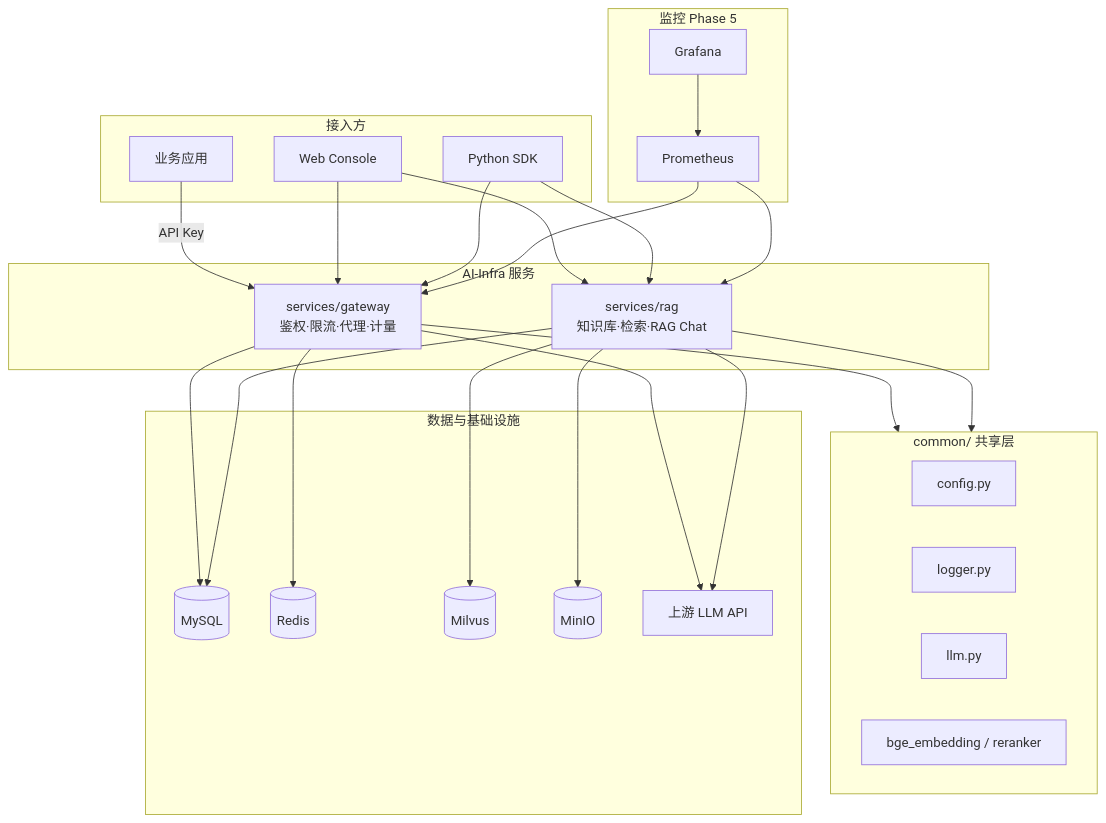
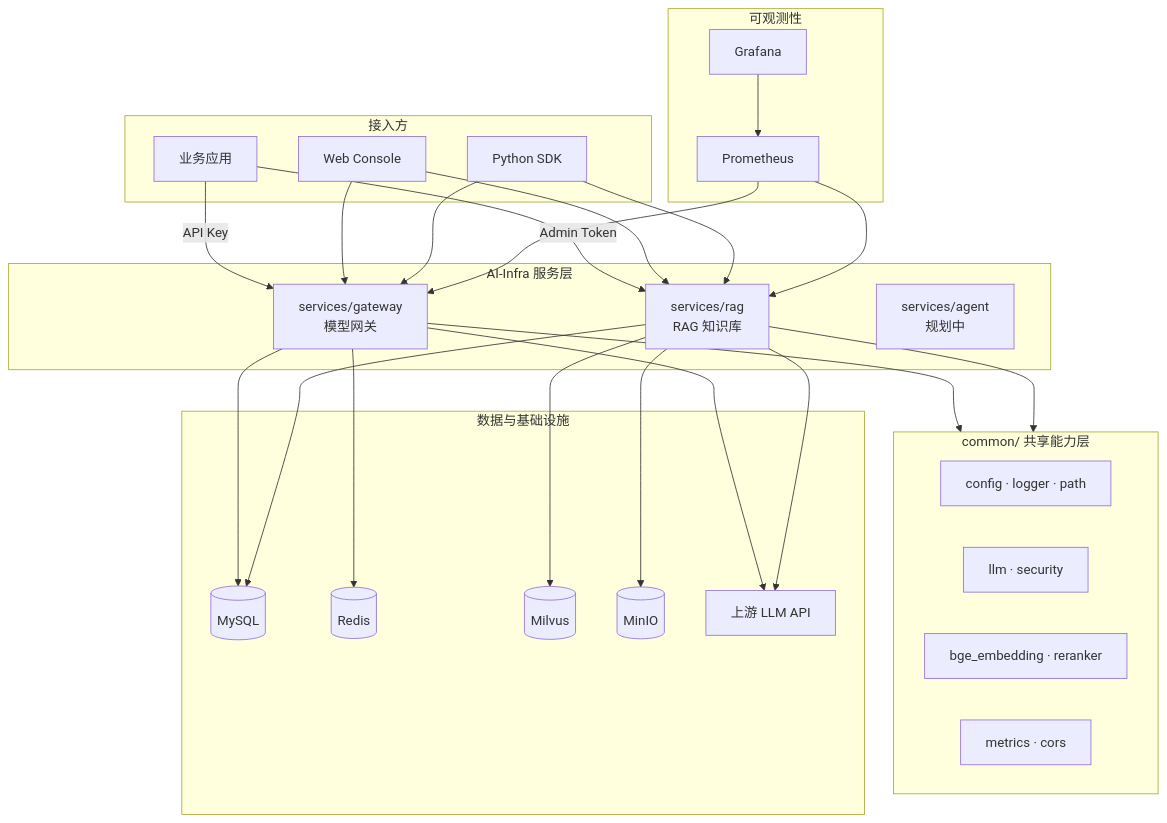
One commit to xzx-123-xzx/AI-Infra changed the diagram in README.md. Above: the diagram before and after it, drawn with Mermaid. The commit also changed other lines of this file, not shown here.

````diff
--- a/README.md
+++ b/README.md
@@ -34,53 +112,46 @@
 ```mermaid
 flowchart TB
     subgraph Client["接入方"]
         APP[业务应用]
         UI[Web Console]
         SDK[Python SDK]
     end
 
-    subgraph Services["AI-Infra 服务"]
-        GW[services/gateway<br/>鉴权·限流·代理·计量]
-        RAG[services/rag<br/>知识库·检索·RAG Chat]
+    subgraph Services["AI-Infra 服务层"]
+        GW[services/gateway<br/>模型网关]
+        RAG[services/rag<br/>RAG 知识库]
+        AGENT[services/agent<br/>规划中]
     end
 
-    subgraph Common["common/ 共享层"]
-        CFG[config.py]
-        LOG[logger.py]
-        LLM[llm.py]
-        BGE[bge_embedding / reranker]
+    subgraph Common["common/ 共享能力层"]
+        CFG[config · logger · path]
+        LLM[llm · security]
+        BGE[bge_embedding · reranker]
+        MET[metrics · cors]
     end
 
     subgraph Data["数据与基础设施"]
         MYSQL[(MySQL)]
         REDIS[(Redis)]
         MILVUS[(Milvus)]
         MINIO[(MinIO)]
         LLM_API[上游 LLM API]
     end
 
-    subgraph Monitor["监控 Phase 5"]
+    subgraph Monitor["可观测性"]
         PROM[Prometheus]
         GRAF[Grafana]
     end
 
     APP -->|API Key| GW
-    UI --> GW
-    UI --> RAG
-    SDK --> GW
-    SDK --> RAG
+    APP -->|Admin Token| RAG
+    UI --> GW & RAG
+    SDK --> GW & RAG
 
-    GW --> Common
-    RAG --> Common
-    GW --> MYSQL
-    GW --> REDIS
-    GW --> LLM_API
-    RAG --> MYSQL
-    RAG --> MILVUS
-    RAG --> MINIO
-    RAG --> LLM_API
+    GW & RAG --> Common
+    GW --> MYSQL & REDIS & LLM_API
+    RAG --> MYSQL & MILVUS & MINIO & LLM_API
 
-    PROM --> GW
-    PROM --> RAG
+    PROM --> GW & RAG
     GRAF --> PROM
 ```
````
